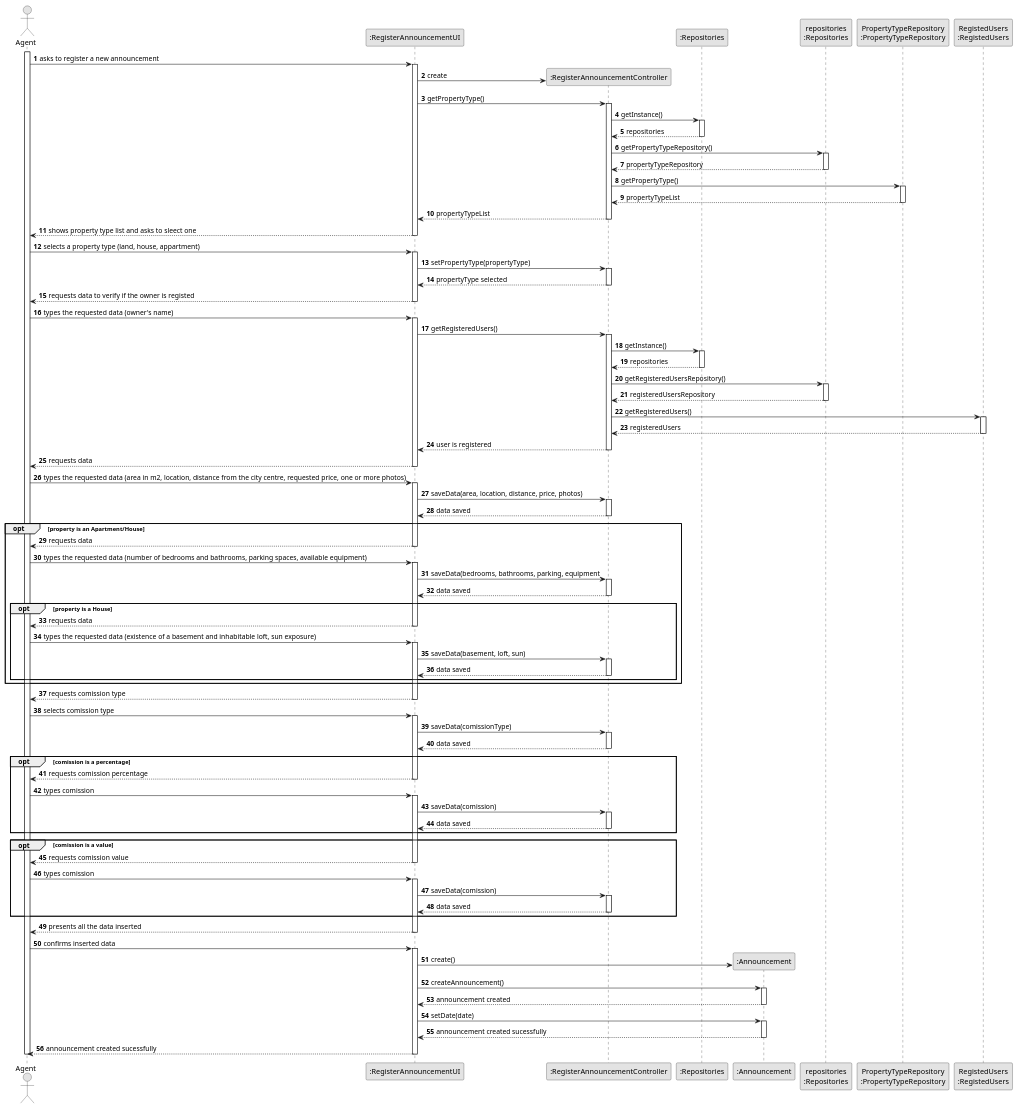
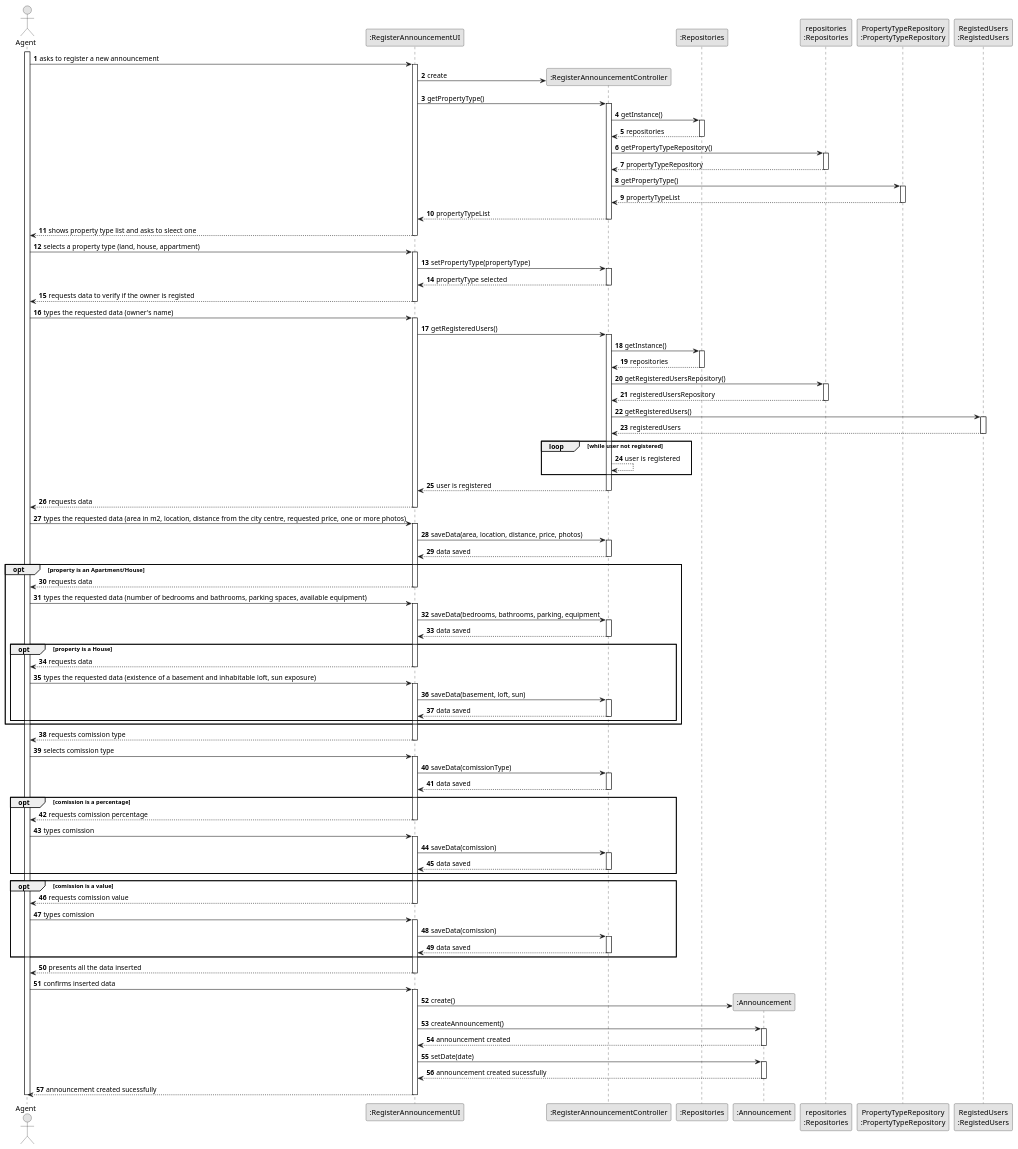
Before and after one commit to 1220812/LAPR2: the diagram in docs/sprintB/us002/03.design/puml/us002-sequence-diagram-full.puml, drawn with PlantUML. The commit also changed 7 other files, not shown here.

```diff
--- a/docs/sprintB/us002/03.design/puml/us002-sequence-diagram-full.puml
+++ b/docs/sprintB/us002/03.design/puml/us002-sequence-diagram-full.puml
@@ -1,181 +1,184 @@
 @startuml
 skinparam monochrome true
 skinparam packageStyle rectangle
 skinparam shadowing false
 
 autonumber
 
 'hide footbox
 actor "Agent" as AGENT
 participant ":RegisterAnnouncementUI" as UI
 participant ":RegisterAnnouncementController" as CTRL
 participant ":Repositories" as REP
 participant ":Announcement" as ANCMT
 participant "repositories\n:Repositories" as PLAT
 participant "PropertyTypeRepository\n:PropertyTypeRepository" as PropertyTypeREP
 participant "RegistedUsers\n:RegistedUsers" as RegistedUsersREP
 
 
 activate AGENT
 
         AGENT -> UI : asks to register a new announcement
 
         activate UI
 
             create CTRL
             UI -> CTRL** : create
 
             UI -> CTRL : getPropertyType()
             activate CTRL
 
                 CTRL -> REP : getInstance()
                 activate REP
 
                     REP --> CTRL: repositories
                 deactivate REP
 
                 CTRL -> PLAT : getPropertyTypeRepository()
                 activate PLAT
 
                     PLAT --> CTRL: propertyTypeRepository
                 deactivate PLAT
 
                 CTRL -> PropertyTypeREP : getPropertyType()
                 activate PropertyTypeREP
 
                     PropertyTypeREP --> CTRL : propertyTypeList
                 deactivate PropertyTypeREP
 
                 CTRL --> UI : propertyTypeList
             deactivate CTRL
 
             UI --> AGENT : shows property type list and asks to sleect one
         deactivate UI
 
     AGENT -> UI : selects a property type (land, house, appartment)
     activate UI
     UI -> CTRL : setPropertyType(propertyType)
     activate CTRL
     CTRL --> UI : propertyType selected
     deactivate CTRL
 
         UI --> AGENT : requests data to verify if the owner is registed
     deactivate UI
 
     AGENT -> UI : types the requested data (owner's name)
     activate UI
         UI -> CTRL : getRegisteredUsers()
         activate CTRL
         CTRL -> REP : getInstance()
         activate REP
         REP --> CTRL : repositories
         deactivate REP
         CTRL -> PLAT : getRegisteredUsersRepository()
         activate PLAT
         PLAT --> CTRL : registeredUsersRepository
         deactivate PLAT
         CTRL -> RegistedUsersREP : getRegisteredUsers()
         activate RegistedUsersREP
         RegistedUsersREP --> CTRL : registeredUsers
         deactivate RegistedUsersREP
+        loop while user not registered
+        CTRL --> CTRL : user is registered
+        end loop
         CTRL --> UI : user is registered
         deactivate CTRL
         UI --> AGENT : requests data
         deactivate UI
 
         AGENT -> UI : types the requested data (area in m2, location, distance from the city centre, requested price, one or more photos)
         activate UI
         UI -> CTRL : saveData(area, location, distance, price, photos)
         activate CTRL
         CTRL --> UI : data saved
         deactivate CTRL
 
 
         opt property is an Apartment/House
 
         UI --> AGENT : requests data
     deactivate UI
 
     AGENT -> UI : types the requested data (number of bedrooms and bathrooms, parking spaces, available equipment)
         activate UI
 
     UI -> CTRL : saveData(bedrooms, bathrooms, parking, equipment
     activate CTRL
     CTRL --> UI : data saved
     deactivate CTRL
 
 
         opt property is a House
 
         UI --> AGENT : requests data
     deactivate UI
 AGENT -> UI : types the requested data (existence of a basement and inhabitable loft, sun exposure)
 activate UI
 UI -> CTRL : saveData(basement, loft, sun)
 activate CTRL
 CTRL --> UI : data saved
 deactivate CTRL
 
 end opt
 end opt
 UI --> AGENT : requests comission type
 deactivate UI
 AGENT -> UI : selects comission type
 activate UI
 UI -> CTRL : saveData(comissionType)
 activate CTRL
 CTRL --> UI : data saved
 deactivate CTRL
 opt comission is a percentage
 UI --> AGENT : requests comission percentage
 deactivate UI
 AGENT -> UI : types comission
 activate UI
 UI -> CTRL : saveData(comission)
 activate CTRL
 CTRL --> UI : data saved
 deactivate CTRL
 
 
 end opt
 
 opt comission is a value
 UI --> AGENT : requests comission value
 deactivate UI
 AGENT -> UI : types comission
 activate UI
 UI -> CTRL : saveData(comission)
 activate CTRL
 CTRL --> UI : data saved
 deactivate CTRL
 end opt
 
 
 UI --> AGENT : presents all the data inserted
 
 deactivate UI
 
 AGENT -> UI : confirms inserted data
 
 activate UI
 UI -> ANCMT** : create()
 UI -> ANCMT : createAnnouncement()
 activate ANCMT
 ANCMT --> UI : announcement created
 deactivate ANCMT
 UI -> ANCMT : setDate(date)
 activate ANCMT
 ANCMT --> UI : announcement created sucessfully
 deactivate ANCMT
 
 
 UI --> AGENT : announcement created sucessfully
 deactivate UI
 
 
 
 
 
 deactivate AGENT
 
 @enduml
```
